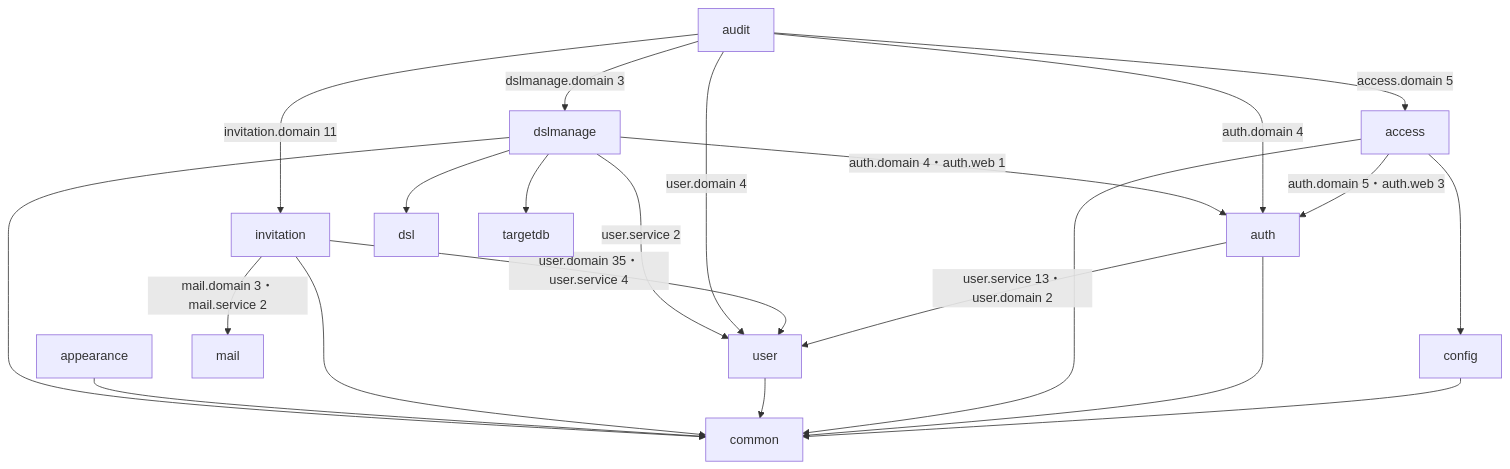
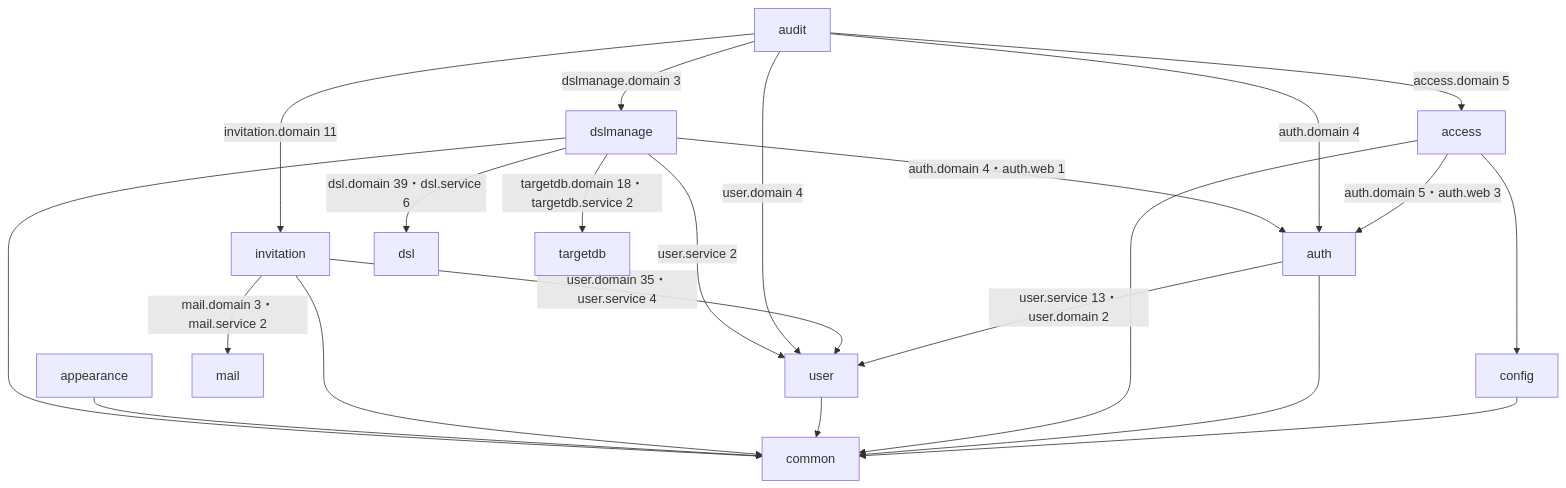
Before and after one commit to agwlvssainokuni/mastersmith2: the first of 2 diagrams in aidlc/spaces/default/codekb/mastersmith2/dependencies.md, drawn with Mermaid. The commit also changed other lines of this file and 14 other files, not shown here.

````diff
--- a/aidlc/spaces/default/codekb/mastersmith2/dependencies.md
+++ b/aidlc/spaces/default/codekb/mastersmith2/dependencies.md
@@ -84,24 +32,24 @@
 ```mermaid
 flowchart TD
   config --> common
   auth -- "user.service 13・user.domain 2" --> user
   auth --> common
   access -- "auth.domain 5・auth.web 3" --> auth
   access --> common
   access --> config
   user --> common
   invitation -- "user.domain 35・user.service 4" --> user
   invitation -- "mail.domain 3・mail.service 2" --> mail
   invitation --> common
   appearance --> common
   audit -- "invitation.domain 11" --> invitation
   audit -- "user.domain 4" --> user
   audit -- "auth.domain 4" --> auth
   audit -- "access.domain 5" --> access
   audit -- "dslmanage.domain 3" --> dslmanage
-  dslmanage --> dsl
-  dslmanage --> targetdb
+  dslmanage -- "dsl.domain 39・dsl.service 6" --> dsl
+  dslmanage -- "targetdb.domain 18・targetdb.service 2" --> targetdb
   dslmanage -- "user.service 2" --> user
   dslmanage -- "auth.domain 4・auth.web 1" --> auth
   dslmanage --> common
 ```
````
